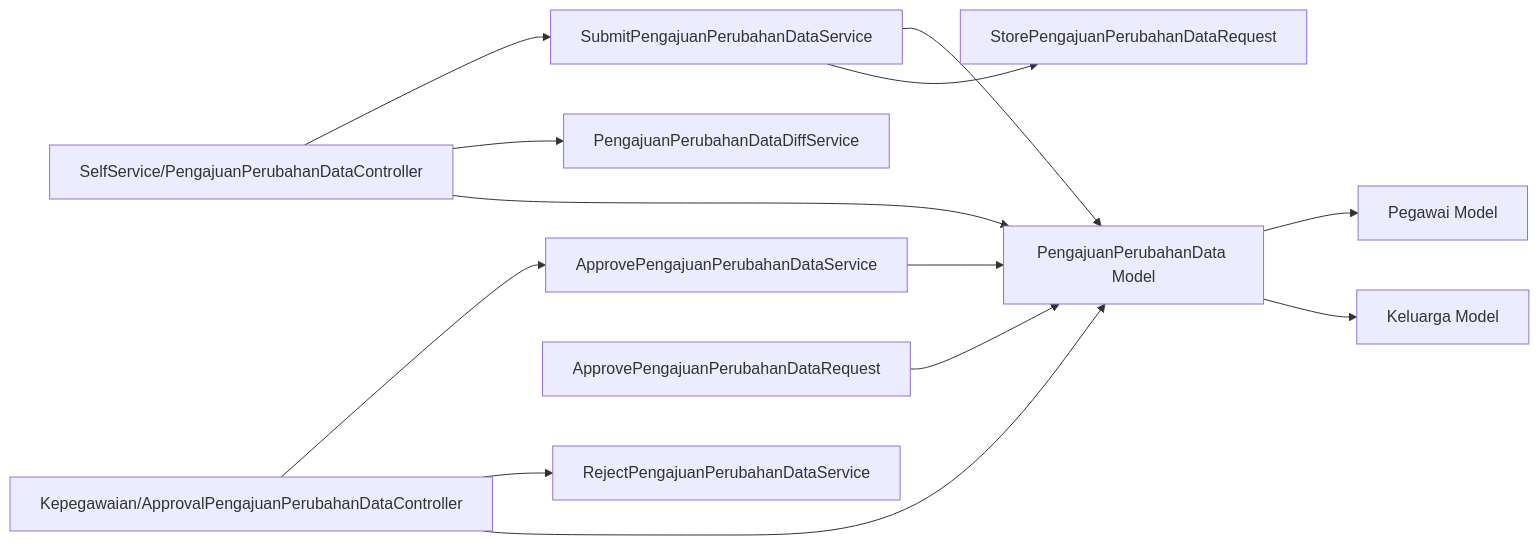
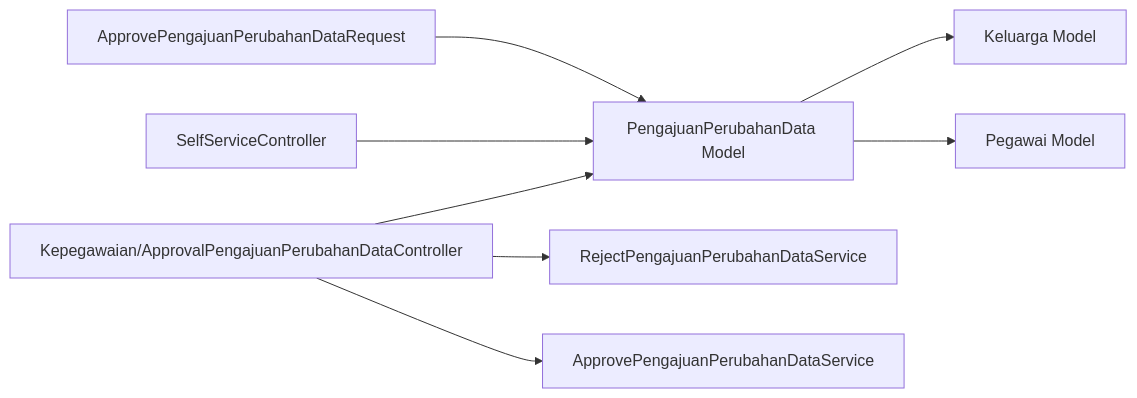
Before and after one commit to PA-Penajam/kepegawaian_apps: the eighth of 8 diagrams in .qoder/repowiki/en/content/Self-Service Portal/Self-Service Portal.md, drawn with Mermaid. The commit also changed other lines of this file and 13 other files, not shown here.

````diff
--- a/.qoder/repowiki/en/content/Self-Service Portal/Self-Service Portal.md
+++ b/.qoder/repowiki/en/content/Self-Service Portal/Self-Service Portal.md
@@ -442,15 +442,10 @@
 ```mermaid
 graph LR
-SSC["SelfService/PengajuanPerubahanDataController"] --> SPS["SubmitPengajuanPerubahanDataService"]
-SSC --> DPS["PengajuanPerubahanDataDiffService"]
+SSC["SelfServiceController"] --> PPD["PengajuanPerubahanData Model"]
 APC["Kepegawaian/ApprovalPengajuanPerubahanDataController"] --> APS["ApprovePengajuanPerubahanDataService"]
 APC --> RPS["RejectPengajuanPerubahanDataService"]
-SSC --> PPD["PengajuanPerubahanData Model"]
 APC --> PPD
-SPS --> PPD
-APS --> PPD
 PPD --> PM["Pegawai Model"]
 PPD --> KM["Keluarga Model"]
-SPS --> DPR["StorePengajuanPerubahanDataRequest"]
 APR["ApprovePengajuanPerubahanDataRequest"] --> PPD
 ```
````
